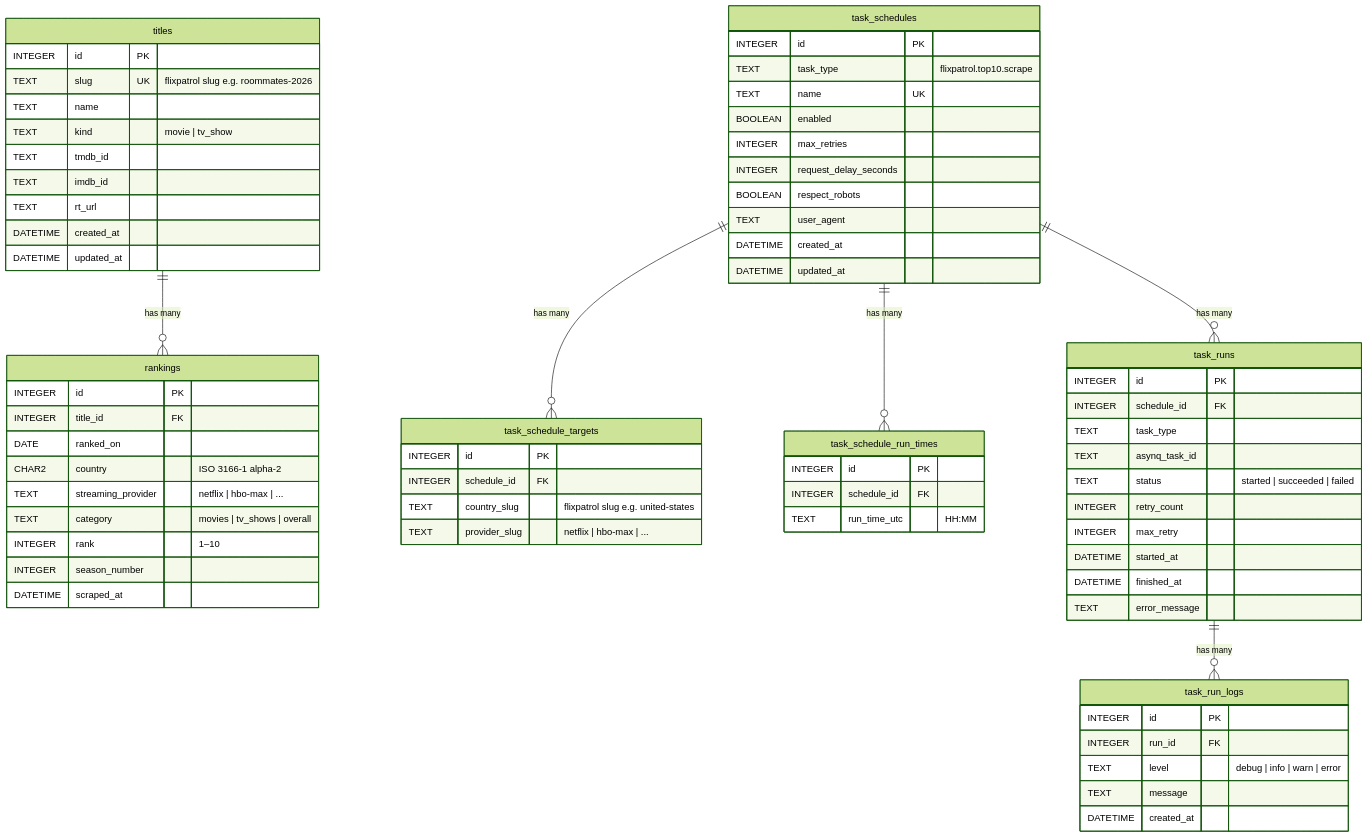
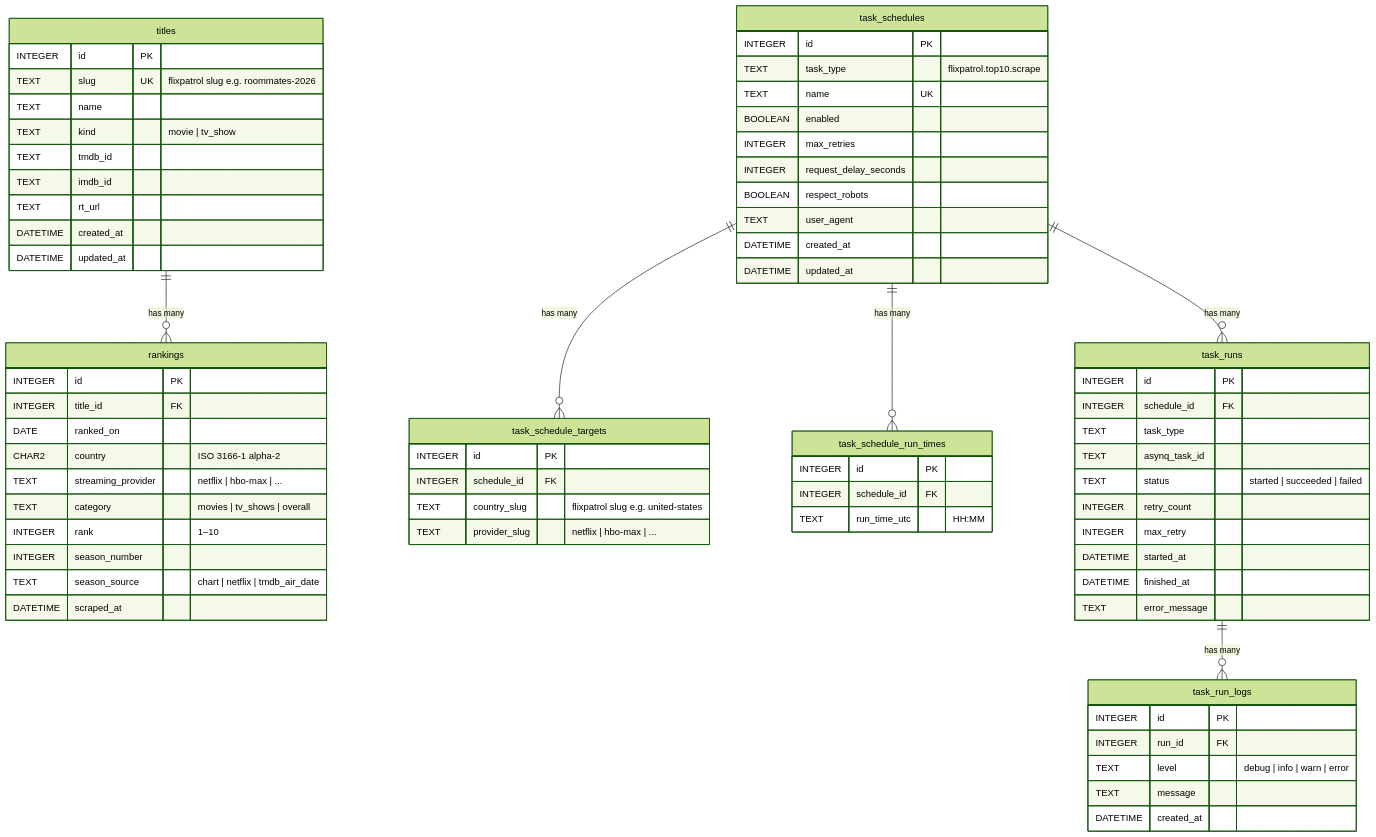
Before and after one commit to bugsbunny-25/metareel: the eighth of 8 diagrams in docs/architecture.md, drawn with Mermaid (forest theme). The commit also changed other lines of this file and 56 other files, not shown here.

First line of the commit message:
Add Netflix title/season mapping review and season numbers for TV rankings

````diff
--- a/docs/architecture.md
+++ b/docs/architecture.md
@@ -350,79 +369,80 @@
 ```mermaid
 erDiagram
     titles {
         INTEGER id PK
         TEXT slug UK "flixpatrol slug e.g. roommates-2026"
         TEXT name
         TEXT kind "movie | tv_show"
         TEXT tmdb_id
         TEXT imdb_id
         TEXT rt_url
         DATETIME created_at
         DATETIME updated_at
     }
 
     rankings {
         INTEGER id PK
         INTEGER title_id FK
         DATE ranked_on
         CHAR2 country "ISO 3166-1 alpha-2"
         TEXT streaming_provider "netflix | hbo-max | ..."
         TEXT category "movies | tv_shows | overall"
         INTEGER rank "1–10"
         INTEGER season_number
+        TEXT season_source "chart | netflix | tmdb_air_date"
         DATETIME scraped_at
     }
 
     task_schedules {
         INTEGER id PK
         TEXT task_type "flixpatrol.top10.scrape"
         TEXT name UK
         BOOLEAN enabled
         INTEGER max_retries
         INTEGER request_delay_seconds
         BOOLEAN respect_robots
         TEXT user_agent
         DATETIME created_at
         DATETIME updated_at
     }
 
     task_schedule_targets {
         INTEGER id PK
         INTEGER schedule_id FK
         TEXT country_slug "flixpatrol slug e.g. united-states"
         TEXT provider_slug "netflix | hbo-max | ..."
     }
 
     task_schedule_run_times {
         INTEGER id PK
         INTEGER schedule_id FK
         TEXT run_time_utc "HH:MM"
     }
 
     task_runs {
         INTEGER id PK
         INTEGER schedule_id FK
         TEXT task_type
         TEXT asynq_task_id
         TEXT status "started | succeeded | failed"
         INTEGER retry_count
         INTEGER max_retry
         DATETIME started_at
         DATETIME finished_at
         TEXT error_message
     }
 
     task_run_logs {
         INTEGER id PK
         INTEGER run_id FK
         TEXT level "debug | info | warn | error"
         TEXT message
         DATETIME created_at
     }
 
     titles ||--o{ rankings : "has many"
     task_schedules ||--o{ task_schedule_targets : "has many"
     task_schedules ||--o{ task_schedule_run_times : "has many"
     task_schedules ||--o{ task_runs : "has many"
     task_runs ||--o{ task_run_logs : "has many"
 ```
````
